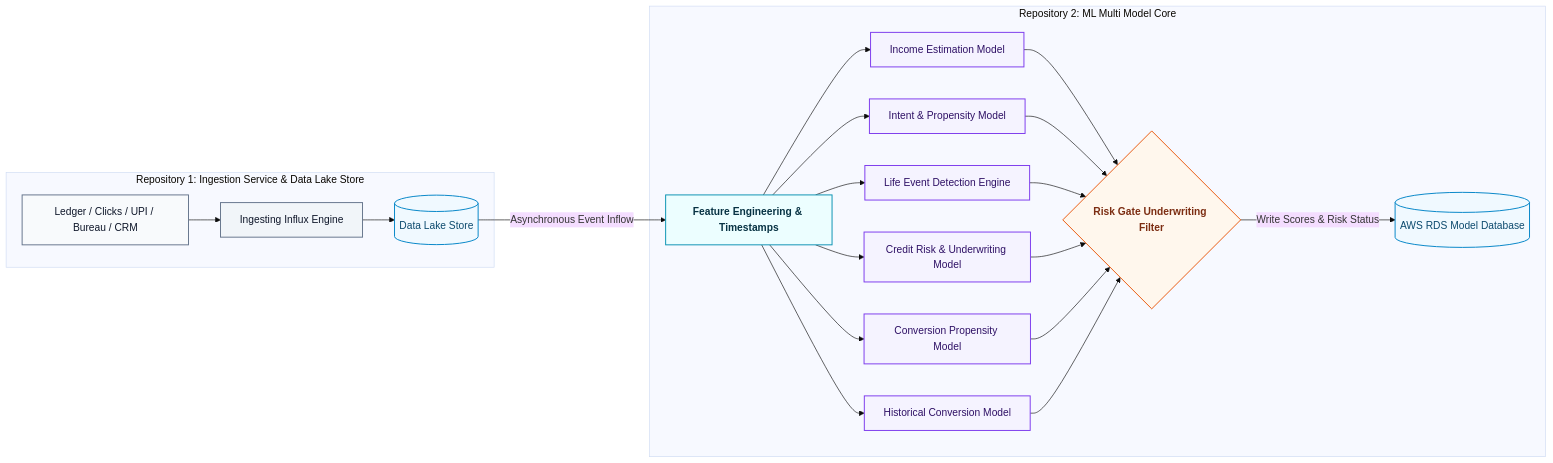
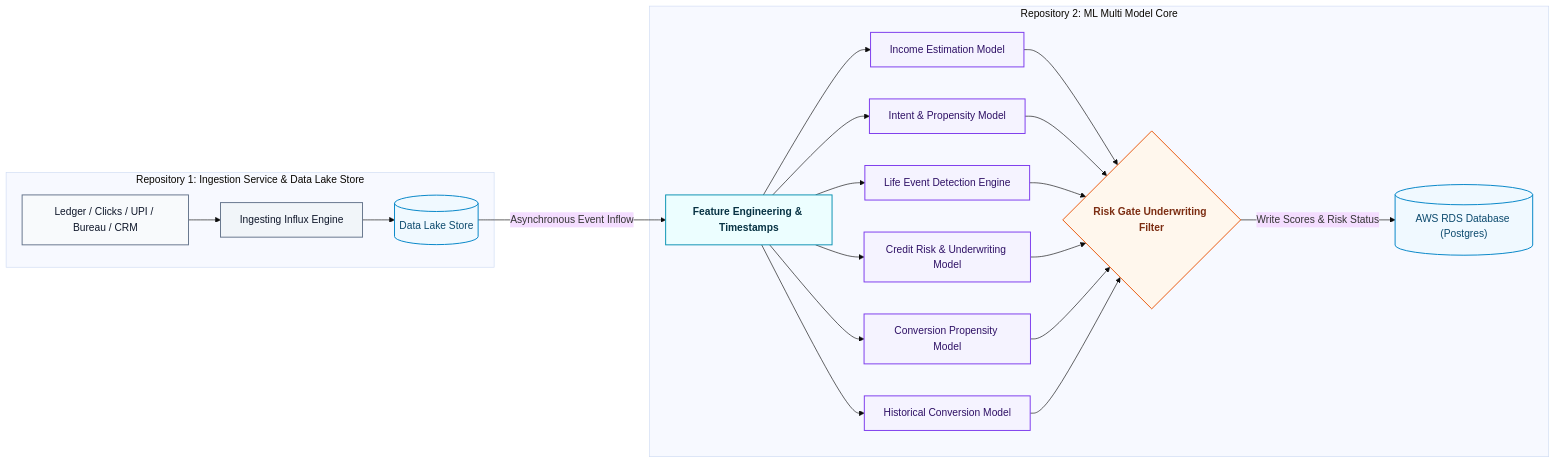
Before and after one commit to chiraghs/Alpha-Fin: the second of 3 diagrams in README.md, drawn with Mermaid (base theme). The commit also changed other lines of this file, not shown here.

Commit message:
Update Mermaid System architecture

````diff
--- a/README.md
+++ b/README.md
@@ -148,55 +148,55 @@
 ```mermaid
 graph LR
     %% REPOSITORIES 1 & 2: DATA & MODEL PIPELINES (Side-by-Side)
     subgraph Repo1 ["Repository 1: Ingestion Service & Data Lake Store"]
         Feeds["Ledger / Clicks / UPI / Bureau / CRM"] --> Ingest["Ingesting Influx Engine"]
         Ingest --> Lake[(Data Lake Store)]
     end
 
     subgraph Repo2 ["Repository 2: ML Multi Model Core"]
         FE["Feature Engineering & Timestamps"]
         
         Income["Income Estimation Model"]
         Intent["Intent & Propensity Model"]
         LifeEvents["Life Event Detection Engine"]
         RiskModel["Credit Risk & Underwriting Model"]
         Conversion["Conversion Propensity Model"]
         History["Historical Conversion Model"]
         
         %% Feature Engineering branches out to each model
         FE --> Income
         FE --> Intent
         FE --> LifeEvents
         FE --> RiskModel
         FE --> Conversion
         FE --> History
         
         %% Models feed into Risk Underwriting Gate
         Income --> Risk{"Risk Gate Underwriting Filter"}
         Intent --> Risk
         LifeEvents --> Risk
         RiskModel --> Risk
         Conversion --> Risk
         History --> Risk
         
-        Risk -->|Write Scores & Risk Status| RDS2[(AWS RDS Model Database)]
+        Risk -->|Write Scores & Risk Status| RDS2[("AWS RDS Database (Postgres)")]
     end
 
     %% Horizontal Side-by-Side Data Flow (Single entry point into Repo 2)
     Lake -->|Asynchronous Event Inflow| FE
 
     %% Beautiful Professional Slate & Pastel Styling Definitions
     classDef source fill:#f8fafc,stroke:#64748b,stroke-width:1.5px,color:#0f172a;
     classDef server fill:#ecfeff,stroke:#0891b2,stroke-width:1.5px,color:#083344,font-weight:bold;
     classDef database fill:#f0f9ff,stroke:#0284c7,stroke-width:1.5px,color:#0c4a6e;
     classDef model fill:#f5f3ff,stroke:#7c3aed,stroke-width:1.5px,color:#2e1065;
     classDef filter fill:#fff7ed,stroke:#ea580c,stroke-width:1.5px,color:#7c2d12,font-weight:bold;
     classDef gateway fill:#f1f5f9,stroke:#64748b,stroke-width:1.5px,color:#0f172a;
 
     class Feeds source;
     class Ingest gateway;
     class Lake,RDS2 database;
     class FE server;
     class Income,Intent,LifeEvents,RiskModel,Conversion,History model;
     class Risk filter;
 ```
````
